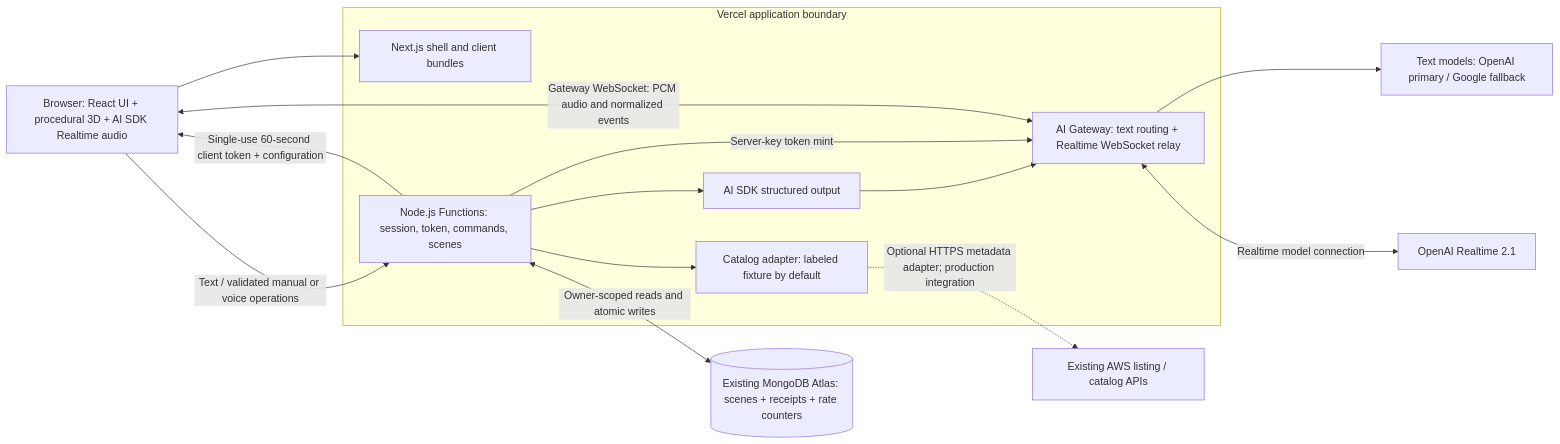
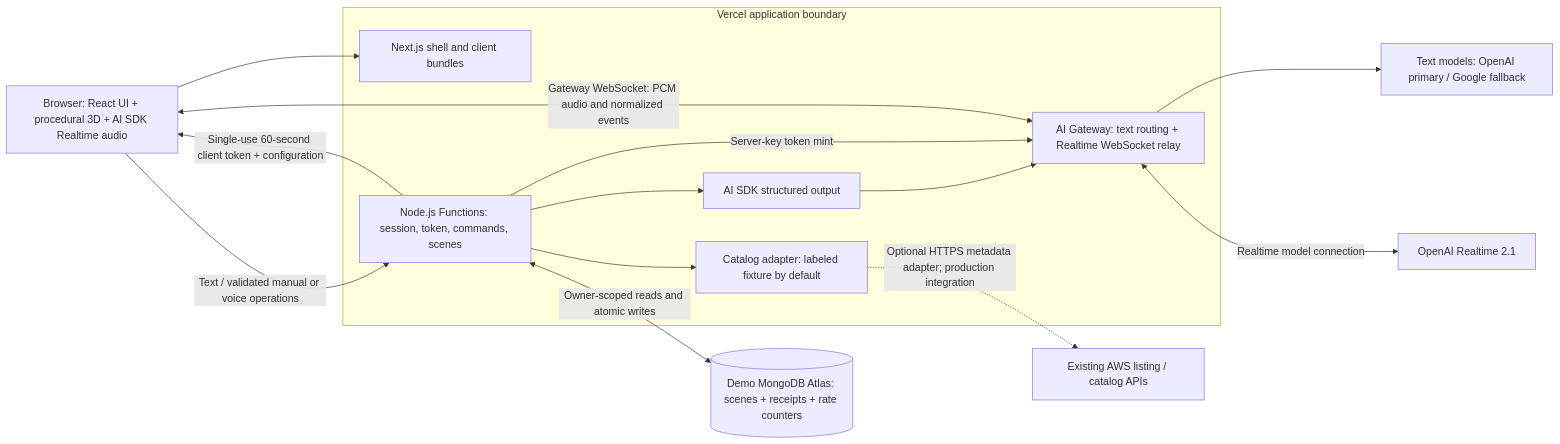
Before and after one commit to kyuhunlee/voxbuild: the third of 3 diagrams in docs/architecture.md, drawn with Mermaid. The commit also changed other lines of this file and 7 other files, not shown here.

````diff
--- a/docs/architecture.md
+++ b/docs/architecture.md
@@ -23,26 +42,26 @@
 ```mermaid
 flowchart LR
   B["Browser: React UI + procedural 3D + AI SDK Realtime audio"]
   O["OpenAI Realtime 2.1"]
   T["Text models: OpenAI primary / Google fallback"]
   subgraph V["Vercel application boundary"]
     N["Next.js shell and client bundles"]
     A["Node.js Functions: session, token, commands, scenes"]
     S["AI SDK structured output"]
     G["AI Gateway: text routing + Realtime WebSocket relay"]
     C["Catalog adapter: labeled fixture by default"]
   end
-  DB[("Existing MongoDB Atlas: scenes + receipts + rate counters")]
+  DB[("Demo MongoDB Atlas: scenes + receipts + rate counters")]
   AWS["Existing AWS listing / catalog APIs"]
   B --> N
   B -->|"Text / validated manual or voice operations"| A
   A --> S --> G
   A -->|"Server-key token mint"| G
   A -->|"Single-use 60-second client token + configuration"| B
   A --> C
   A <-->|"Owner-scoped reads and atomic writes"| DB
   B <-->|"Gateway WebSocket: PCM audio and normalized events"| G
   G --> T
   G <-->|"Realtime model connection"| O
   C -.->|"Optional HTTPS metadata adapter; production integration"| AWS
 ```
````
